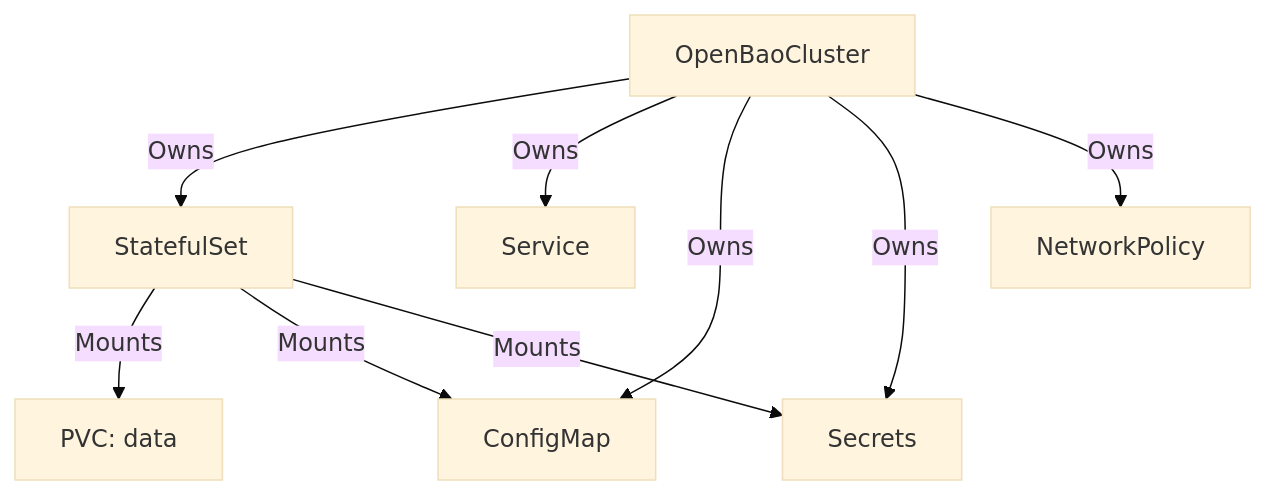
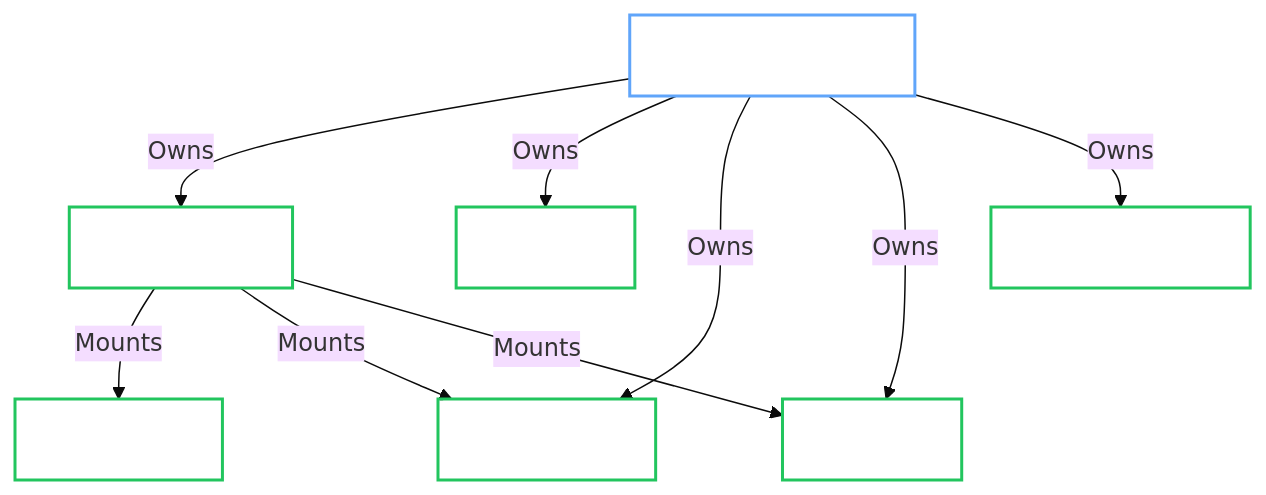
The diagram in docs/user-guide/openbaocluster/configuration/resources-storage.md (dc-tec/openbao-operator), drawn with Mermaid (base theme) before and after one commit. The commit also changed 48 other files, not shown here.

````diff
--- a/docs/user-guide/openbaocluster/configuration/resources-storage.md
+++ b/docs/user-guide/openbaocluster/configuration/resources-storage.md
@@ -11,11 +11,17 @@
 ```mermaid
 graph TD
     CR[OpenBaoCluster] -->|Owns| SS[StatefulSet]
     CR -->|Owns| SVC[Service]
     CR -->|Owns| CM[ConfigMap]
     CR -->|Owns| SEC[Secrets]
     CR -->|Owns| NP[NetworkPolicy]
     SS -->|Mounts| PVC[PVC: data]
     SS -->|Mounts| CM
     SS -->|Mounts| SEC
+
+    classDef read fill:transparent,stroke:#60a5fa,stroke-width:2px,color:#fff;
+    classDef write fill:transparent,stroke:#22c55e,stroke-width:2px,color:#fff;
+
+    class CR read;
+    class SS,SVC,CM,SEC,NP,PVC write;
 ```
````
